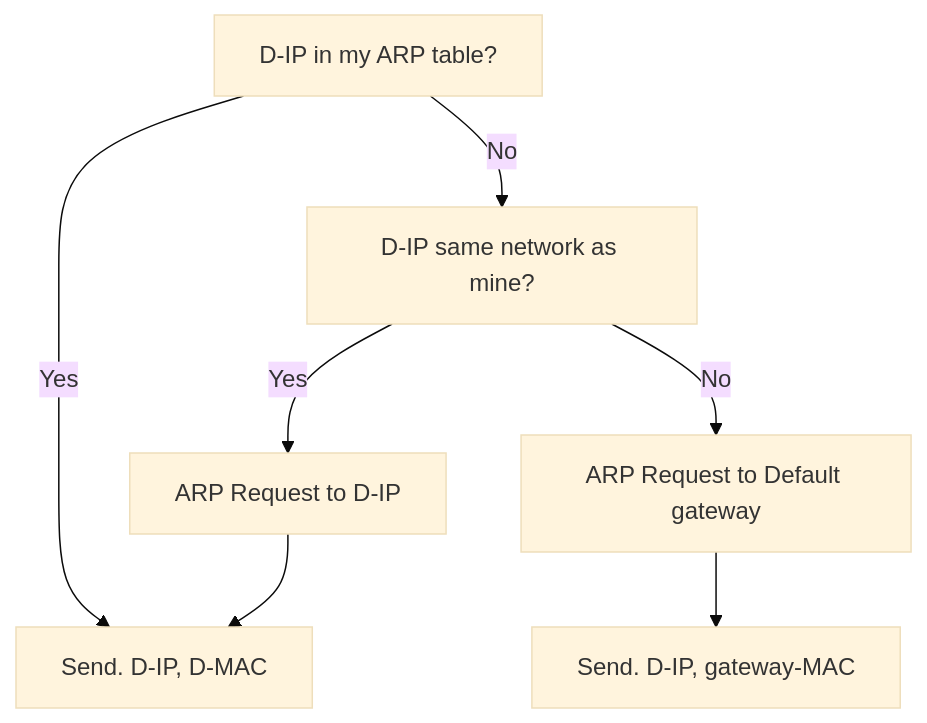
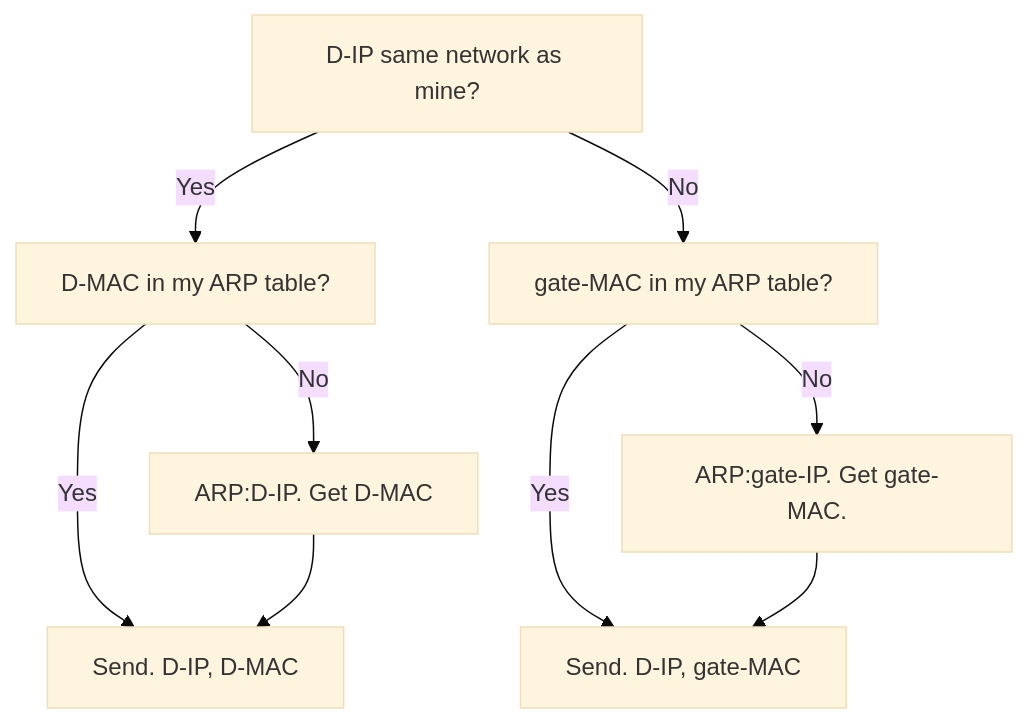
One commit to KelvinWu602/ObsidianVault changed the fourth of 8 diagrams in Networking/Internet Protocol.md. Above: the diagram before and after it, drawn with Mermaid (base theme). The commit also changed other lines of this file and 17 other files, not shown here.

````diff
--- a/Networking/Internet Protocol.md
+++ b/Networking/Internet Protocol.md
@@ -270,9 +278,11 @@
 ```mermaid
 flowchart TB
-	q1["D-IP in my ARP table?"]-->|Yes|s1["Send. D-IP, D-MAC"]
-	q1-->|No|q2["D-IP same network as mine?"]
-	q2-->|Yes|simple["ARP Request to D-IP"]
-	q2-->|No|across["ARP Request to Default gateway"]
-	simple-->s1
-	across-->s2["Send. D-IP, gateway-MAC"]
+	d1["D-IP same network as mine?"] --> |Yes| d2["D-MAC in my ARP table?"]
+	d2 --> |Yes| local["Send. D-IP, D-MAC"]
+	d2 --> |No| localarp["ARP:D-IP. Get D-MAC"]
+	localarp --> local
+	d1 --> |No| d3["gate-MAC in my ARP table?"]
+	d3 --> |Yes| outside["Send. D-IP, gate-MAC"]
+	d3 --> |No| outsidearp["ARP:gate-IP. Get gate-MAC."]
+	outsidearp --> outside
 ```
````
